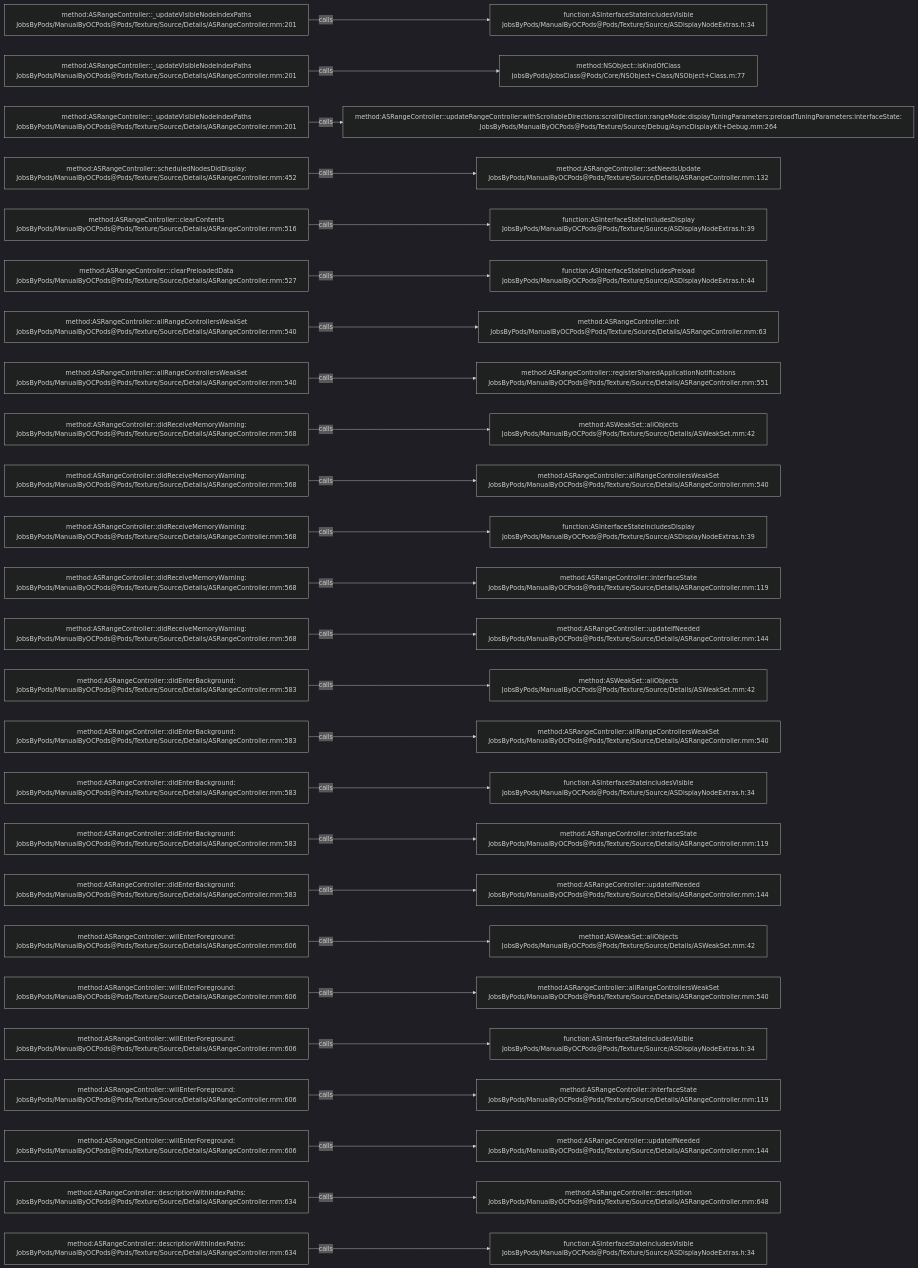
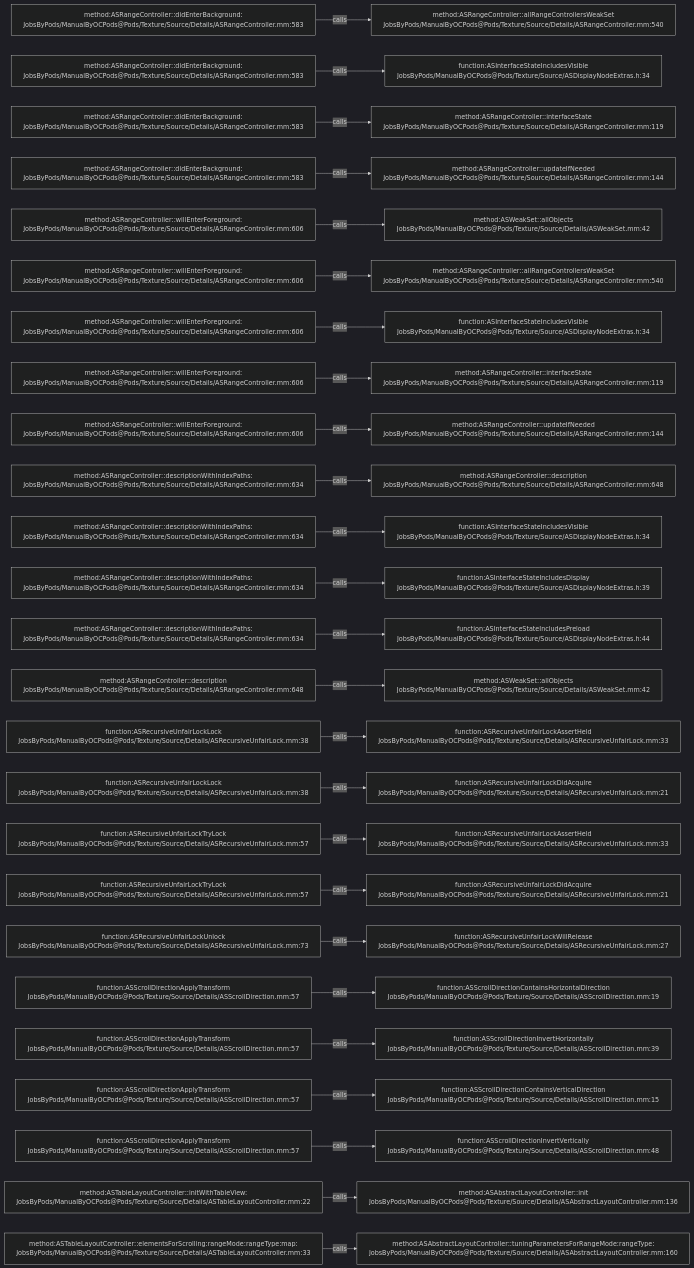
Before and after one commit to JobsKits/JobsOCBaseConfigDemo: the diagram in .codegraph/codegraph.md/graphs/calls-166.md, drawn with Mermaid (dark theme). The commit also changed 296 other files, not shown here.

````diff
--- a/.codegraph/codegraph.md/graphs/calls-166.md
+++ b/.codegraph/codegraph.md/graphs/calls-166.md
@@ -13,78 +13,78 @@
 ```mermaid
 flowchart LR
-  S1["method:ASRangeController::_updateVisibleNodeIndexPaths<br/>JobsByPods/ManualByOCPods@Pods/Texture/Source/Details/ASRangeController.mm:201"]
-  T1["function:ASInterfaceStateIncludesVisible<br/>JobsByPods/ManualByOCPods@Pods/Texture/Source/ASDisplayNodeExtras.h:34"]
+  S1["method:ASRangeController::didEnterBackground:<br/>JobsByPods/ManualByOCPods@Pods/Texture/Source/Details/ASRangeController.mm:583"]
+  T1["method:ASRangeController::allRangeControllersWeakSet<br/>JobsByPods/ManualByOCPods@Pods/Texture/Source/Details/ASRangeController.mm:540"]
   S1 -->|calls| T1
-  S2["method:ASRangeController::_updateVisibleNodeIndexPaths<br/>JobsByPods/ManualByOCPods@Pods/Texture/Source/Details/ASRangeController.mm:201"]
-  T2["method:NSObject::isKindOfClass<br/>JobsByPods/JobsClass@Pods/Core/NSObject+Class/NSObject+Class.m:77"]
+  S2["method:ASRangeController::didEnterBackground:<br/>JobsByPods/ManualByOCPods@Pods/Texture/Source/Details/ASRangeController.mm:583"]
+  T2["function:ASInterfaceStateIncludesVisible<br/>JobsByPods/ManualByOCPods@Pods/Texture/Source/ASDisplayNodeExtras.h:34"]
   S2 -->|calls| T2
-  S3["method:ASRangeController::_updateVisibleNodeIndexPaths<br/>JobsByPods/ManualByOCPods@Pods/Texture/Source/Details/ASRangeController.mm:201"]
-  T3["method:ASRangeController::updateRangeController:withScrollableDirections:scrollDirection:rangeMode:displayTuningParameters:preloadTuningParameters:interfaceState:<br/>JobsByPods/ManualByOCPods@Pods/Texture/Source/Debug/AsyncDisplayKit+Debug.mm:264"]
+  S3["method:ASRangeController::didEnterBackground:<br/>JobsByPods/ManualByOCPods@Pods/Texture/Source/Details/ASRangeController.mm:583"]
+  T3["method:ASRangeController::interfaceState<br/>JobsByPods/ManualByOCPods@Pods/Texture/Source/Details/ASRangeController.mm:119"]
   S3 -->|calls| T3
-  S4["method:ASRangeController::scheduledNodesDidDisplay:<br/>JobsByPods/ManualByOCPods@Pods/Texture/Source/Details/ASRangeController.mm:452"]
-  T4["method:ASRangeController::setNeedsUpdate<br/>JobsByPods/ManualByOCPods@Pods/Texture/Source/Details/ASRangeController.mm:132"]
+  S4["method:ASRangeController::didEnterBackground:<br/>JobsByPods/ManualByOCPods@Pods/Texture/Source/Details/ASRangeController.mm:583"]
+  T4["method:ASRangeController::updateIfNeeded<br/>JobsByPods/ManualByOCPods@Pods/Texture/Source/Details/ASRangeController.mm:144"]
   S4 -->|calls| T4
-  S5["method:ASRangeController::clearContents<br/>JobsByPods/ManualByOCPods@Pods/Texture/Source/Details/ASRangeController.mm:516"]
-  T5["function:ASInterfaceStateIncludesDisplay<br/>JobsByPods/ManualByOCPods@Pods/Texture/Source/ASDisplayNodeExtras.h:39"]
+  S5["method:ASRangeController::willEnterForeground:<br/>JobsByPods/ManualByOCPods@Pods/Texture/Source/Details/ASRangeController.mm:606"]
+  T5["method:ASWeakSet::allObjects<br/>JobsByPods/ManualByOCPods@Pods/Texture/Source/Details/ASWeakSet.mm:42"]
   S5 -->|calls| T5
-  S6["method:ASRangeController::clearPreloadedData<br/>JobsByPods/ManualByOCPods@Pods/Texture/Source/Details/ASRangeController.mm:527"]
-  T6["function:ASInterfaceStateIncludesPreload<br/>JobsByPods/ManualByOCPods@Pods/Texture/Source/ASDisplayNodeExtras.h:44"]
+  S6["method:ASRangeController::willEnterForeground:<br/>JobsByPods/ManualByOCPods@Pods/Texture/Source/Details/ASRangeController.mm:606"]
+  T6["method:ASRangeController::allRangeControllersWeakSet<br/>JobsByPods/ManualByOCPods@Pods/Texture/Source/Details/ASRangeController.mm:540"]
   S6 -->|calls| T6
-  S7["method:ASRangeController::allRangeControllersWeakSet<br/>JobsByPods/ManualByOCPods@Pods/Texture/Source/Details/ASRangeController.mm:540"]
-  T7["method:ASRangeController::init<br/>JobsByPods/ManualByOCPods@Pods/Texture/Source/Details/ASRangeController.mm:63"]
+  S7["method:ASRangeController::willEnterForeground:<br/>JobsByPods/ManualByOCPods@Pods/Texture/Source/Details/ASRangeController.mm:606"]
+  T7["function:ASInterfaceStateIncludesVisible<br/>JobsByPods/ManualByOCPods@Pods/Texture/Source/ASDisplayNodeExtras.h:34"]
   S7 -->|calls| T7
-  S8["method:ASRangeController::allRangeControllersWeakSet<br/>JobsByPods/ManualByOCPods@Pods/Texture/Source/Details/ASRangeController.mm:540"]
-  T8["method:ASRangeController::registerSharedApplicationNotifications<br/>JobsByPods/ManualByOCPods@Pods/Texture/Source/Details/ASRangeController.mm:551"]
+  S8["method:ASRangeController::willEnterForeground:<br/>JobsByPods/ManualByOCPods@Pods/Texture/Source/Details/ASRangeController.mm:606"]
+  T8["method:ASRangeController::interfaceState<br/>JobsByPods/ManualByOCPods@Pods/Texture/Source/Details/ASRangeController.mm:119"]
   S8 -->|calls| T8
-  S9["method:ASRangeController::didReceiveMemoryWarning:<br/>JobsByPods/ManualByOCPods@Pods/Texture/Source/Details/ASRangeController.mm:568"]
-  T9["method:ASWeakSet::allObjects<br/>JobsByPods/ManualByOCPods@Pods/Texture/Source/Details/ASWeakSet.mm:42"]
+  S9["method:ASRangeController::willEnterForeground:<br/>JobsByPods/ManualByOCPods@Pods/Texture/Source/Details/ASRangeController.mm:606"]
+  T9["method:ASRangeController::updateIfNeeded<br/>JobsByPods/ManualByOCPods@Pods/Texture/Source/Details/ASRangeController.mm:144"]
   S9 -->|calls| T9
-  S10["method:ASRangeController::didReceiveMemoryWarning:<br/>JobsByPods/ManualByOCPods@Pods/Texture/Source/Details/ASRangeController.mm:568"]
-  T10["method:ASRangeController::allRangeControllersWeakSet<br/>JobsByPods/ManualByOCPods@Pods/Texture/Source/Details/ASRangeController.mm:540"]
+  S10["method:ASRangeController::descriptionWithIndexPaths:<br/>JobsByPods/ManualByOCPods@Pods/Texture/Source/Details/ASRangeController.mm:634"]
+  T10["method:ASRangeController::description<br/>JobsByPods/ManualByOCPods@Pods/Texture/Source/Details/ASRangeController.mm:648"]
   S10 -->|calls| T10
-  S11["method:ASRangeController::didReceiveMemoryWarning:<br/>JobsByPods/ManualByOCPods@Pods/Texture/Source/Details/ASRangeController.mm:568"]
-  T11["function:ASInterfaceStateIncludesDisplay<br/>JobsByPods/ManualByOCPods@Pods/Texture/Source/ASDisplayNodeExtras.h:39"]
+  S11["method:ASRangeController::descriptionWithIndexPaths:<br/>JobsByPods/ManualByOCPods@Pods/Texture/Source/Details/ASRangeController.mm:634"]
+  T11["function:ASInterfaceStateIncludesVisible<br/>JobsByPods/ManualByOCPods@Pods/Texture/Source/ASDisplayNodeExtras.h:34"]
   S11 -->|calls| T11
-  S12["method:ASRangeController::didReceiveMemoryWarning:<br/>JobsByPods/ManualByOCPods@Pods/Texture/Source/Details/ASRangeController.mm:568"]
-  T12["method:ASRangeController::interfaceState<br/>JobsByPods/ManualByOCPods@Pods/Texture/Source/Details/ASRangeController.mm:119"]
+  S12["method:ASRangeController::descriptionWithIndexPaths:<br/>JobsByPods/ManualByOCPods@Pods/Texture/Source/Details/ASRangeController.mm:634"]
+  T12["function:ASInterfaceStateIncludesDisplay<br/>JobsByPods/ManualByOCPods@Pods/Texture/Source/ASDisplayNodeExtras.h:39"]
   S12 -->|calls| T12
-  S13["method:ASRangeController::didReceiveMemoryWarning:<br/>JobsByPods/ManualByOCPods@Pods/Texture/Source/Details/ASRangeController.mm:568"]
-  T13["method:ASRangeController::updateIfNeeded<br/>JobsByPods/ManualByOCPods@Pods/Texture/Source/Details/ASRangeController.mm:144"]
+  S13["method:ASRangeController::descriptionWithIndexPaths:<br/>JobsByPods/ManualByOCPods@Pods/Texture/Source/Details/ASRangeController.mm:634"]
+  T13["function:ASInterfaceStateIncludesPreload<br/>JobsByPods/ManualByOCPods@Pods/Texture/Source/ASDisplayNodeExtras.h:44"]
   S13 -->|calls| T13
-  S14["method:ASRangeController::didEnterBackground:<br/>JobsByPods/ManualByOCPods@Pods/Texture/Source/Details/ASRangeController.mm:583"]
+  S14["method:ASRangeController::description<br/>JobsByPods/ManualByOCPods@Pods/Texture/Source/Details/ASRangeController.mm:648"]
   T14["method:ASWeakSet::allObjects<br/>JobsByPods/ManualByOCPods@Pods/Texture/Source/Details/ASWeakSet.mm:42"]
   S14 -->|calls| T14
-  S15["method:ASRangeController::didEnterBackground:<br/>JobsByPods/ManualByOCPods@Pods/Texture/Source/Details/ASRangeController.mm:583"]
-  T15["method:ASRangeController::allRangeControllersWeakSet<br/>JobsByPods/ManualByOCPods@Pods/Texture/Source/Details/ASRangeController.mm:540"]
+  S15["function:ASRecursiveUnfairLockLock<br/>JobsByPods/ManualByOCPods@Pods/Texture/Source/Details/ASRecursiveUnfairLock.mm:38"]
+  T15["function:ASRecursiveUnfairLockAssertHeld<br/>JobsByPods/ManualByOCPods@Pods/Texture/Source/Details/ASRecursiveUnfairLock.mm:33"]
   S15 -->|calls| T15
-  S16["method:ASRangeController::didEnterBackground:<br/>JobsByPods/ManualByOCPods@Pods/Texture/Source/Details/ASRangeController.mm:583"]
-  T16["function:ASInterfaceStateIncludesVisible<br/>JobsByPods/ManualByOCPods@Pods/Texture/Source/ASDisplayNodeExtras.h:34"]
+  S16["function:ASRecursiveUnfairLockLock<br/>JobsByPods/ManualByOCPods@Pods/Texture/Source/Details/ASRecursiveUnfairLock.mm:38"]
+  T16["function:ASRecursiveUnfairLockDidAcquire<br/>JobsByPods/ManualByOCPods@Pods/Texture/Source/Details/ASRecursiveUnfairLock.mm:21"]
   S16 -->|calls| T16
-  S17["method:ASRangeController::didEnterBackground:<br/>JobsByPods/ManualByOCPods@Pods/Texture/Source/Details/ASRangeController.mm:583"]
-  T17["method:ASRangeController::interfaceState<br/>JobsByPods/ManualByOCPods@Pods/Texture/Source/Details/ASRangeController.mm:119"]
+  S17["function:ASRecursiveUnfairLockTryLock<br/>JobsByPods/ManualByOCPods@Pods/Texture/Source/Details/ASRecursiveUnfairLock.mm:57"]
+  T17["function:ASRecursiveUnfairLockAssertHeld<br/>JobsByPods/ManualByOCPods@Pods/Texture/Source/Details/ASRecursiveUnfairLock.mm:33"]
   S17 -->|calls| T17
-  S18["method:ASRangeController::didEnterBackground:<br/>JobsByPods/ManualByOCPods@Pods/Texture/Source/Details/ASRangeController.mm:583"]
-  T18["method:ASRangeController::updateIfNeeded<br/>JobsByPods/ManualByOCPods@Pods/Texture/Source/Details/ASRangeController.mm:144"]
+  S18["function:ASRecursiveUnfairLockTryLock<br/>JobsByPods/ManualByOCPods@Pods/Texture/Source/Details/ASRecursiveUnfairLock.mm:57"]
+  T18["function:ASRecursiveUnfairLockDidAcquire<br/>JobsByPods/ManualByOCPods@Pods/Texture/Source/Details/ASRecursiveUnfairLock.mm:21"]
   S18 -->|calls| T18
-  S19["method:ASRangeController::willEnterForeground:<br/>JobsByPods/ManualByOCPods@Pods/Texture/Source/Details/ASRangeController.mm:606"]
-  T19["method:ASWeakSet::allObjects<br/>JobsByPods/ManualByOCPods@Pods/Texture/Source/Details/ASWeakSet.mm:42"]
+  S19["function:ASRecursiveUnfairLockUnlock<br/>JobsByPods/ManualByOCPods@Pods/Texture/Source/Details/ASRecursiveUnfairLock.mm:73"]
+  T19["function:ASRecursiveUnfairLockWillRelease<br/>JobsByPods/ManualByOCPods@Pods/Texture/Source/Details/ASRecursiveUnfairLock.mm:27"]
   S19 -->|calls| T19
-  S20["method:ASRangeController::willEnterForeground:<br/>JobsByPods/ManualByOCPods@Pods/Texture/Source/Details/ASRangeController.mm:606"]
-  T20["method:ASRangeController::allRangeControllersWeakSet<br/>JobsByPods/ManualByOCPods@Pods/Texture/Source/Details/ASRangeController.mm:540"]
+  S20["function:ASScrollDirectionApplyTransform<br/>JobsByPods/ManualByOCPods@Pods/Texture/Source/Details/ASScrollDirection.mm:57"]
+  T20["function:ASScrollDirectionContainsHorizontalDirection<br/>JobsByPods/ManualByOCPods@Pods/Texture/Source/Details/ASScrollDirection.mm:19"]
   S20 -->|calls| T20
-  S21["method:ASRangeController::willEnterForeground:<br/>JobsByPods/ManualByOCPods@Pods/Texture/Source/Details/ASRangeController.mm:606"]
-  T21["function:ASInterfaceStateIncludesVisible<br/>JobsByPods/ManualByOCPods@Pods/Texture/Source/ASDisplayNodeExtras.h:34"]
+  S21["function:ASScrollDirectionApplyTransform<br/>JobsByPods/ManualByOCPods@Pods/Texture/Source/Details/ASScrollDirection.mm:57"]
+  T21["function:ASScrollDirectionInvertHorizontally<br/>JobsByPods/ManualByOCPods@Pods/Texture/Source/Details/ASScrollDirection.mm:39"]
   S21 -->|calls| T21
-  S22["method:ASRangeController::willEnterForeground:<br/>JobsByPods/ManualByOCPods@Pods/Texture/Source/Details/ASRangeController.mm:606"]
-  T22["method:ASRangeController::interfaceState<br/>JobsByPods/ManualByOCPods@Pods/Texture/Source/Details/ASRangeController.mm:119"]
+  S22["function:ASScrollDirectionApplyTransform<br/>JobsByPods/ManualByOCPods@Pods/Texture/Source/Details/ASScrollDirection.mm:57"]
+  T22["function:ASScrollDirectionContainsVerticalDirection<br/>JobsByPods/ManualByOCPods@Pods/Texture/Source/Details/ASScrollDirection.mm:15"]
   S22 -->|calls| T22
-  S23["method:ASRangeController::willEnterForeground:<br/>JobsByPods/ManualByOCPods@Pods/Texture/Source/Details/ASRangeController.mm:606"]
-  T23["method:ASRangeController::updateIfNeeded<br/>JobsByPods/ManualByOCPods@Pods/Texture/Source/Details/ASRangeController.mm:144"]
+  S23["function:ASScrollDirectionApplyTransform<br/>JobsByPods/ManualByOCPods@Pods/Texture/Source/Details/ASScrollDirection.mm:57"]
+  T23["function:ASScrollDirectionInvertVertically<br/>JobsByPods/ManualByOCPods@Pods/Texture/Source/Details/ASScrollDirection.mm:48"]
   S23 -->|calls| T23
-  S24["method:ASRangeController::descriptionWithIndexPaths:<br/>JobsByPods/ManualByOCPods@Pods/Texture/Source/Details/ASRangeController.mm:634"]
-  T24["method:ASRangeController::description<br/>JobsByPods/ManualByOCPods@Pods/Texture/Source/Details/ASRangeController.mm:648"]
+  S24["method:ASTableLayoutController::initWithTableView:<br/>JobsByPods/ManualByOCPods@Pods/Texture/Source/Details/ASTableLayoutController.mm:22"]
+  T24["method:ASAbstractLayoutController::init<br/>JobsByPods/ManualByOCPods@Pods/Texture/Source/Details/ASAbstractLayoutController.mm:136"]
   S24 -->|calls| T24
-  S25["method:ASRangeController::descriptionWithIndexPaths:<br/>JobsByPods/ManualByOCPods@Pods/Texture/Source/Details/ASRangeController.mm:634"]
-  T25["function:ASInterfaceStateIncludesVisible<br/>JobsByPods/ManualByOCPods@Pods/Texture/Source/ASDisplayNodeExtras.h:34"]
+  S25["method:ASTableLayoutController::elementsForScrolling:rangeMode:rangeType:map:<br/>JobsByPods/ManualByOCPods@Pods/Texture/Source/Details/ASTableLayoutController.mm:33"]
+  T25["method:ASAbstractLayoutController::tuningParametersForRangeMode:rangeType:<br/>JobsByPods/ManualByOCPods@Pods/Texture/Source/Details/ASAbstractLayoutController.mm:160"]
   S25 -->|calls| T25
 ```
````
